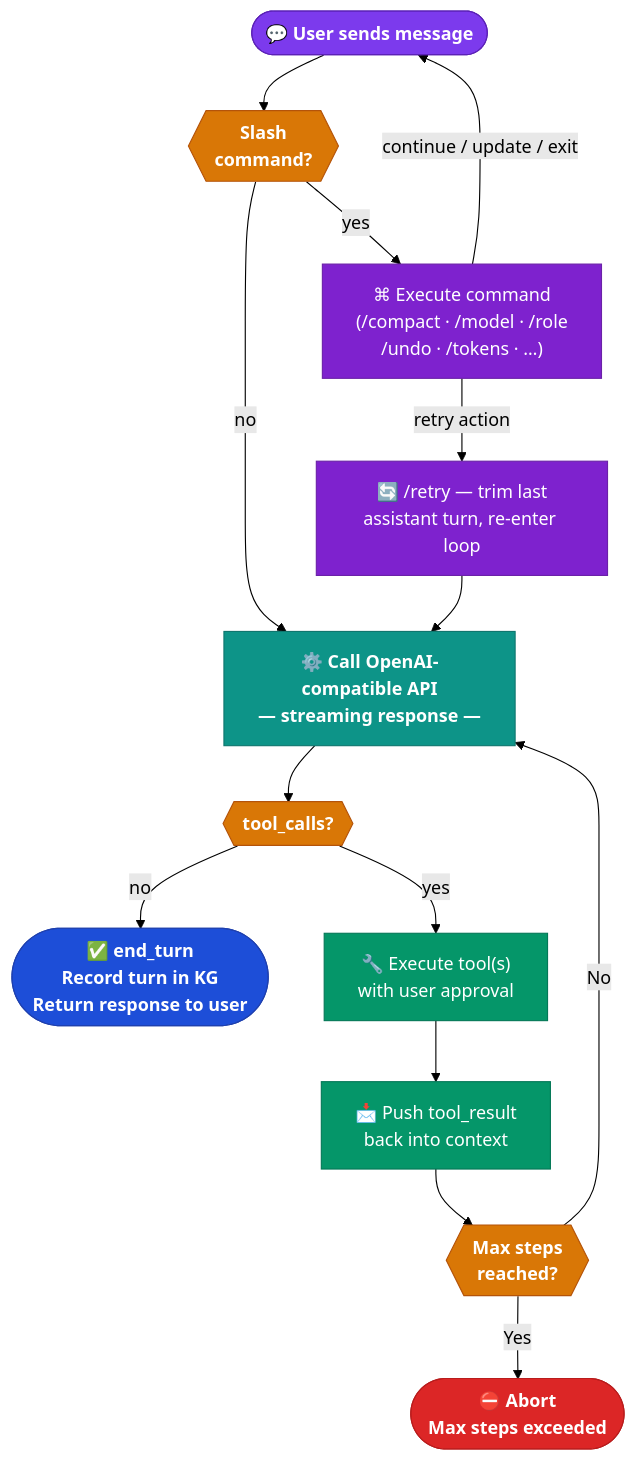
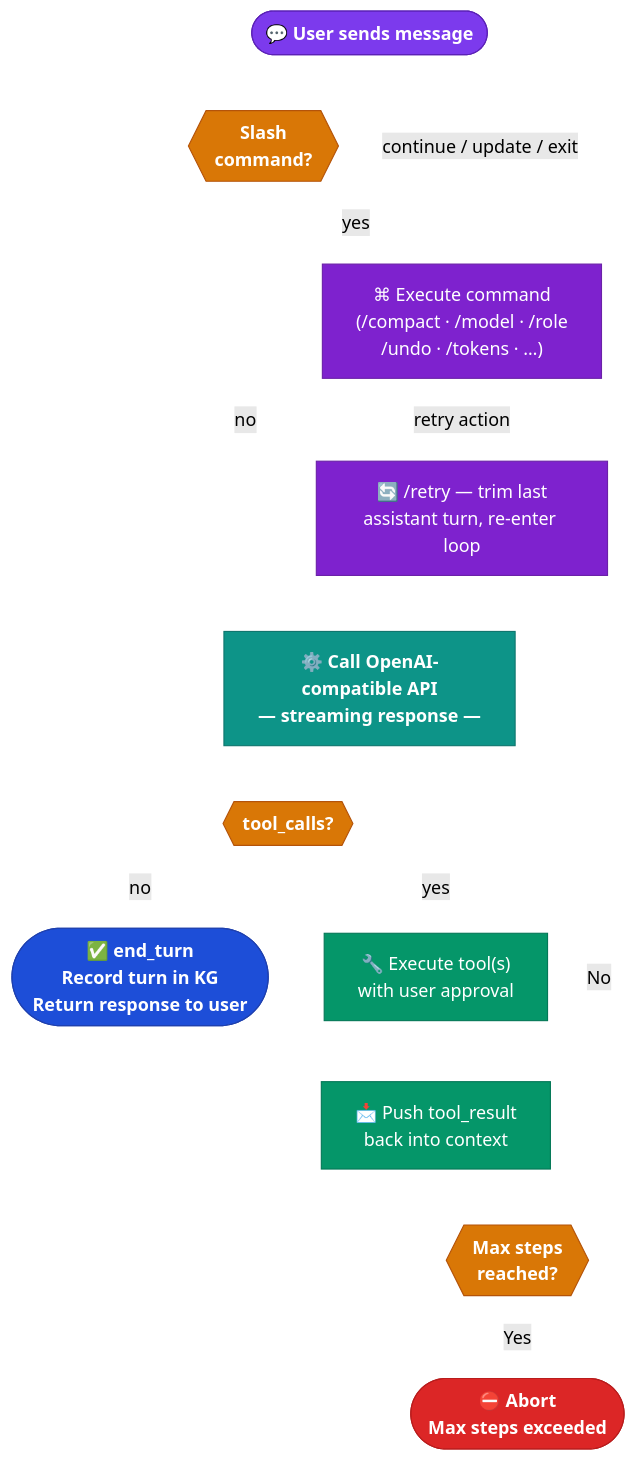
One commit to UdaySharmaGitHub/CLIC-Agentic-CLI-like-Code-Claude changed the second of 2 diagrams in README.md. Above: the diagram before and after it, drawn with Mermaid (forest theme). The commit also changed other lines of this file, not shown here.

````diff
--- a/README.md
+++ b/README.md
@@ -198,45 +202,47 @@
 ```mermaid
 flowchart TD
     Start(["💬 User sends message"])
     SlashCheck{{"Slash\ncommand?"}}
     CmdRun["⌘ Execute command\n(/compact · /model · /role\n/undo · /tokens · …)"]
     RetryPath["🔄 /retry — trim last\nassistant turn, re-enter loop"]
     CallAPI["⚙️ Call OpenAI-compatible API\n— streaming response —"]
     Decision{{"tool_calls?"}}
     EndTurn(["✅ end_turn\nRecord turn in KG\nReturn response to user"])
     ToolUse["🔧 Execute tool(s)\nwith user approval"]
     SaveResult["📩 Push tool_result\nback into context"]
     StepCheck{{"Max steps\nreached?"}}
     Abort(["⛔ Abort\nMax steps exceeded"])
 
     Start --> SlashCheck
     SlashCheck -->|"yes"| CmdRun
     SlashCheck -->|"no"| CallAPI
     CmdRun -->|"retry action"| RetryPath
     CmdRun -->|"continue / update / exit"| Start
     RetryPath --> CallAPI
     CallAPI --> Decision
     Decision -->|"no"| EndTurn
     Decision -->|"yes"| ToolUse
     ToolUse --> SaveResult
     SaveResult --> StepCheck
     StepCheck -->|"No"| CallAPI
     StepCheck -->|"Yes"| Abort
 
     classDef startEnd  fill:#7C3AED,stroke:#5B21B6,color:#fff,font-weight:bold
     classDef decision  fill:#D97706,stroke:#B45309,color:#fff,font-weight:bold
     classDef command   fill:#7E22CE,stroke:#6B21A8,color:#fff
     classDef apiCall   fill:#0D9488,stroke:#0F766E,color:#fff,font-weight:bold
     classDef toolExec  fill:#059669,stroke:#047857,color:#fff
     classDef success   fill:#1D4ED8,stroke:#1E40AF,color:#fff,font-weight:bold
     classDef abort     fill:#DC2626,stroke:#B91C1C,color:#fff,font-weight:bold
     classDef neutral   fill:#374151,stroke:#1F2937,color:#fff
 
     class Start,EndTurn startEnd
     class SlashCheck,Decision,StepCheck decision
     class CmdRun,RetryPath command
     class CallAPI apiCall
     class ToolUse,SaveResult toolExec
     class EndTurn success
     class Abort abort
+
+    linkStyle default stroke:#ffffff,stroke-width:1.5px
 ```
````
